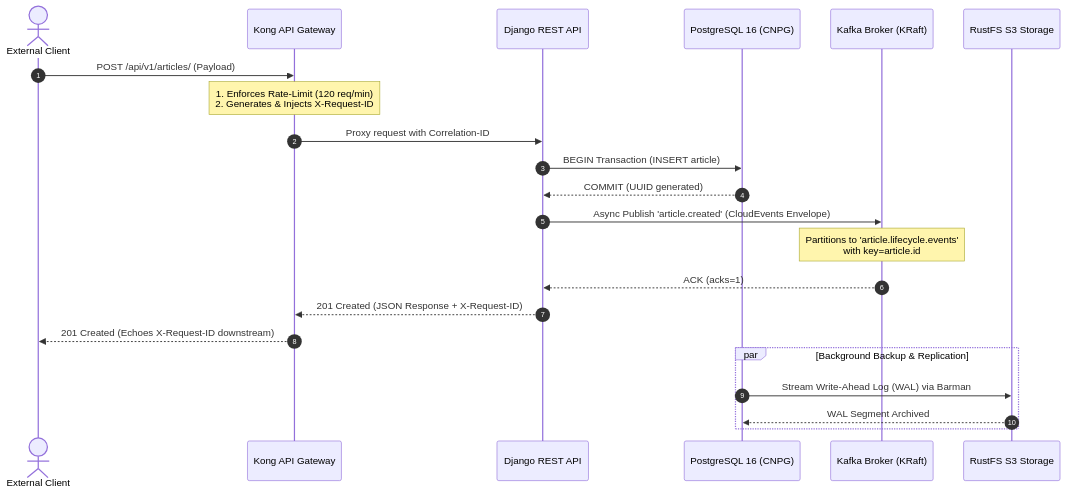
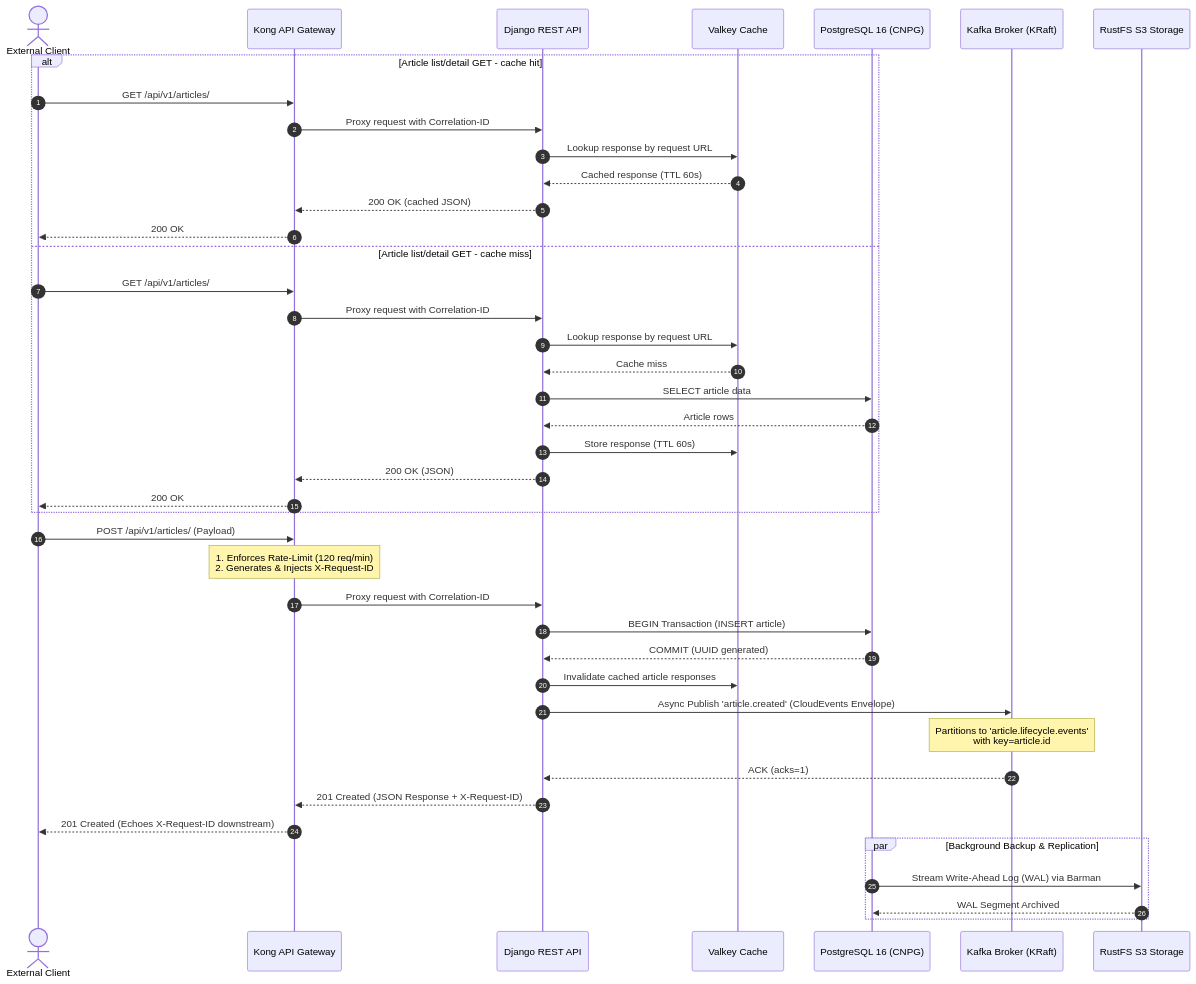
One commit to abdelkderboukert/cloud-native-resilient-blueprint changed the second of 5 diagrams in README.md. Above: the diagram before and after it, drawn with Mermaid. The commit also changed other lines of this file and 1 other file, not shown here.

Commit message:
feat: Enhance architecture documentation with Valkey cache details and update API interaction descriptions

````diff
--- a/README.md
+++ b/README.md
@@ -102,26 +114,47 @@
 ```mermaid
 sequenceDiagram
     autonumber
     actor Client as External Client
     participant Kong as Kong API Gateway
     participant Django as Django REST API
+    participant Cache as Valkey Cache
     participant PG as PostgreSQL 16 (CNPG)
     participant Kafka as Kafka Broker (KRaft)
     participant S3 as RustFS S3 Storage
+
+    alt Article list/detail GET - cache hit
+        Client->>Kong: GET /api/v1/articles/
+        Kong->>Django: Proxy request with Correlation-ID
+        Django->>Cache: Lookup response by request URL
+        Cache-->>Django: Cached response (TTL 60s)
+        Django-->>Kong: 200 OK (cached JSON)
+        Kong-->>Client: 200 OK
+    else Article list/detail GET - cache miss
+        Client->>Kong: GET /api/v1/articles/
+        Kong->>Django: Proxy request with Correlation-ID
+        Django->>Cache: Lookup response by request URL
+        Cache-->>Django: Cache miss
+        Django->>PG: SELECT article data
+        PG-->>Django: Article rows
+        Django->>Cache: Store response (TTL 60s)
+        Django-->>Kong: 200 OK (JSON)
+        Kong-->>Client: 200 OK
+    end
 
     Client->>Kong: POST /api/v1/articles/ (Payload)
     Note over Kong: 1. Enforces Rate-Limit (120 req/min)<br/>2. Generates & Injects X-Request-ID
     Kong->>Django: Proxy request with Correlation-ID
     Django->>PG: BEGIN Transaction (INSERT article)
     PG-->>Django: COMMIT (UUID generated)
+    Django->>Cache: Invalidate cached article responses
     Django->>Kafka: Async Publish 'article.created' (CloudEvents Envelope)
     Note over Kafka: Partitions to 'article.lifecycle.events'<br/>with key=article.id
     Kafka-->>Django: ACK (acks=1)
     Django-->>Kong: 201 Created (JSON Response + X-Request-ID)
     Kong-->>Client: 201 Created (Echoes X-Request-ID downstream)
 
     par Background Backup & Replication
         PG->>S3: Stream Write-Ahead Log (WAL) via Barman
         S3-->>PG: WAL Segment Archived
     end
 ```
````
